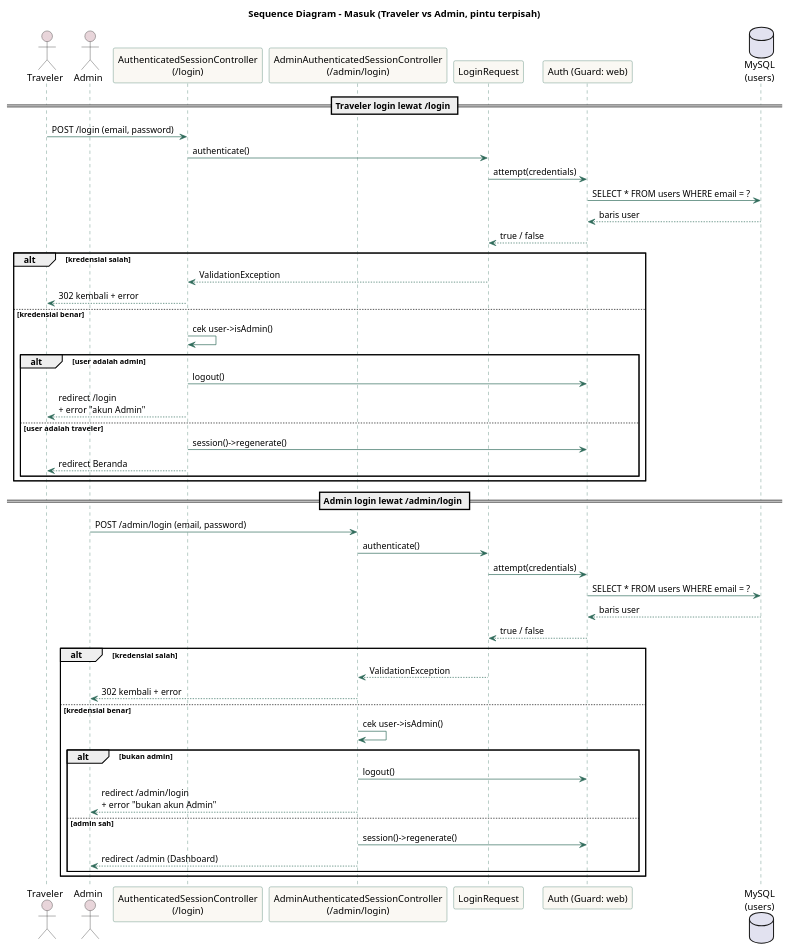
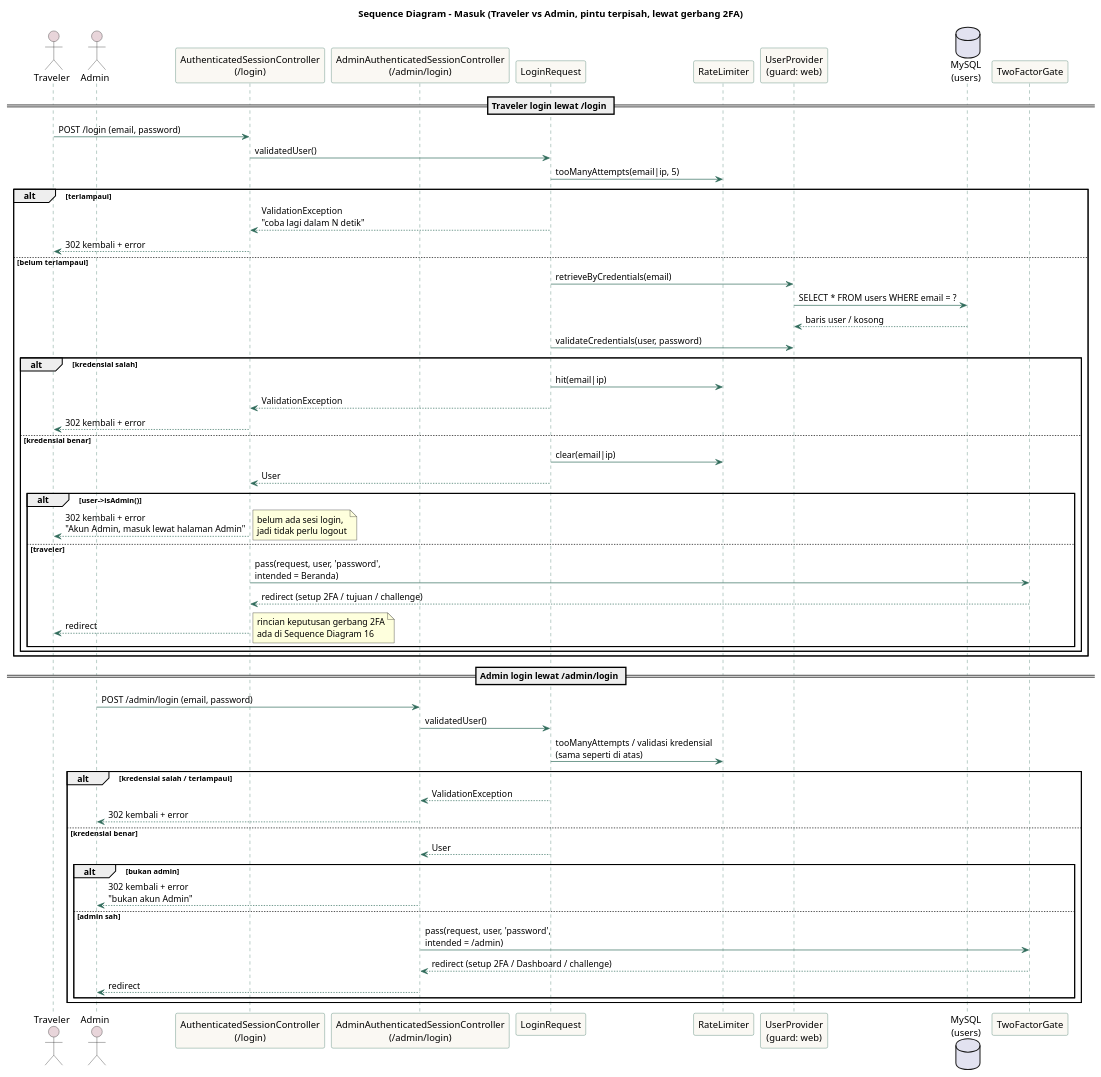
Before and after one commit to anugrahhhhh/tripplane-jogja-itenary: the diagram in docs/uml-plantuml/07-sequence-login.puml, drawn with PlantUML. The commit also changed 79 other files, not shown here.

First line of the commit message:
docs(uml): sync PlantUML diagrams with current system and split complex activity diagrams

```diff
--- a/docs/uml-plantuml/07-sequence-login.puml
+++ b/docs/uml-plantuml/07-sequence-login.puml
@@ -1,62 +1,71 @@
 @startuml 07-sequence-login
-title Sequence Diagram - Masuk (Traveler vs Admin, pintu terpisah)
+title Sequence Diagram - Masuk (Traveler vs Admin, pintu terpisah, lewat gerbang 2FA)
 
 skinparam sequence {
   ArrowColor #2F6B5A
   LifeLineBorderColor #2F6B5A
   ParticipantBorderColor #2F6B5A
   ParticipantBackgroundColor #FAF8F3
   ActorBackgroundColor #E8D5DA
 }
 
 actor Traveler
 actor Admin
 participant "AuthenticatedSessionController\n(/login)" as TravelerCtrl
 participant "AdminAuthenticatedSessionController\n(/admin/login)" as AdminCtrl
 participant "LoginRequest" as Req
-participant "Auth (Guard: web)" as Auth
+participant "RateLimiter" as RL
+participant "UserProvider\n(guard: web)" as Provider
 database "MySQL\n(users)" as DB
+participant "TwoFactorGate" as Gate
 
 == Traveler login lewat /login ==
 Traveler -> TravelerCtrl : POST /login (email, password)
-TravelerCtrl -> Req : authenticate()
-Req -> Auth : attempt(credentials)
-Auth -> DB : SELECT * FROM users WHERE email = ?
-DB --> Auth : baris user
-Auth --> Req : true / false
-alt kredensial salah
-  Req --> TravelerCtrl : ValidationException
+TravelerCtrl -> Req : validatedUser()
+Req -> RL : tooManyAttempts(email|ip, 5)
+alt terlampaui
+  Req --> TravelerCtrl : ValidationException\n"coba lagi dalam N detik"
   TravelerCtrl --> Traveler : 302 kembali + error
-else kredensial benar
-  TravelerCtrl -> TravelerCtrl : cek user->isAdmin()
-  alt user adalah admin
-    TravelerCtrl -> Auth : logout()
-    TravelerCtrl --> Traveler : redirect /login\n+ error "akun Admin"
-  else user adalah traveler
-    TravelerCtrl -> Auth : session()->regenerate()
-    TravelerCtrl --> Traveler : redirect Beranda
+else belum terlampaui
+  Req -> Provider : retrieveByCredentials(email)
+  Provider -> DB : SELECT * FROM users WHERE email = ?
+  DB --> Provider : baris user / kosong
+  Req -> Provider : validateCredentials(user, password)
+  alt kredensial salah
+    Req -> RL : hit(email|ip)
+    Req --> TravelerCtrl : ValidationException
+    TravelerCtrl --> Traveler : 302 kembali + error
+  else kredensial benar
+    Req -> RL : clear(email|ip)
+    Req --> TravelerCtrl : User
+    alt user->isAdmin()
+      TravelerCtrl --> Traveler : 302 kembali + error\n"Akun Admin, masuk lewat halaman Admin"
+      note right : belum ada sesi login,\njadi tidak perlu logout
+    else traveler
+      TravelerCtrl -> Gate : pass(request, user, 'password',\nintended = Beranda)
+      Gate --> TravelerCtrl : redirect (setup 2FA / tujuan / challenge)
+      TravelerCtrl --> Traveler : redirect
+      note right : rincian keputusan gerbang 2FA\nada di Sequence Diagram 16
+    end
   end
 end
 
 == Admin login lewat /admin/login ==
 Admin -> AdminCtrl : POST /admin/login (email, password)
-AdminCtrl -> Req : authenticate()
-Req -> Auth : attempt(credentials)
-Auth -> DB : SELECT * FROM users WHERE email = ?
-DB --> Auth : baris user
-Auth --> Req : true / false
-alt kredensial salah
+AdminCtrl -> Req : validatedUser()
+Req -> RL : tooManyAttempts / validasi kredensial\n(sama seperti di atas)
+alt kredensial salah / terlampaui
   Req --> AdminCtrl : ValidationException
   AdminCtrl --> Admin : 302 kembali + error
 else kredensial benar
-  AdminCtrl -> AdminCtrl : cek user->isAdmin()
+  Req --> AdminCtrl : User
   alt bukan admin
-    AdminCtrl -> Auth : logout()
-    AdminCtrl --> Admin : redirect /admin/login\n+ error "bukan akun Admin"
+    AdminCtrl --> Admin : 302 kembali + error\n"bukan akun Admin"
   else admin sah
-    AdminCtrl -> Auth : session()->regenerate()
-    AdminCtrl --> Admin : redirect /admin (Dashboard)
+    AdminCtrl -> Gate : pass(request, user, 'password',\nintended = /admin)
+    Gate --> AdminCtrl : redirect (setup 2FA / Dashboard / challenge)
+    AdminCtrl --> Admin : redirect
   end
 end
 
 @enduml
```
